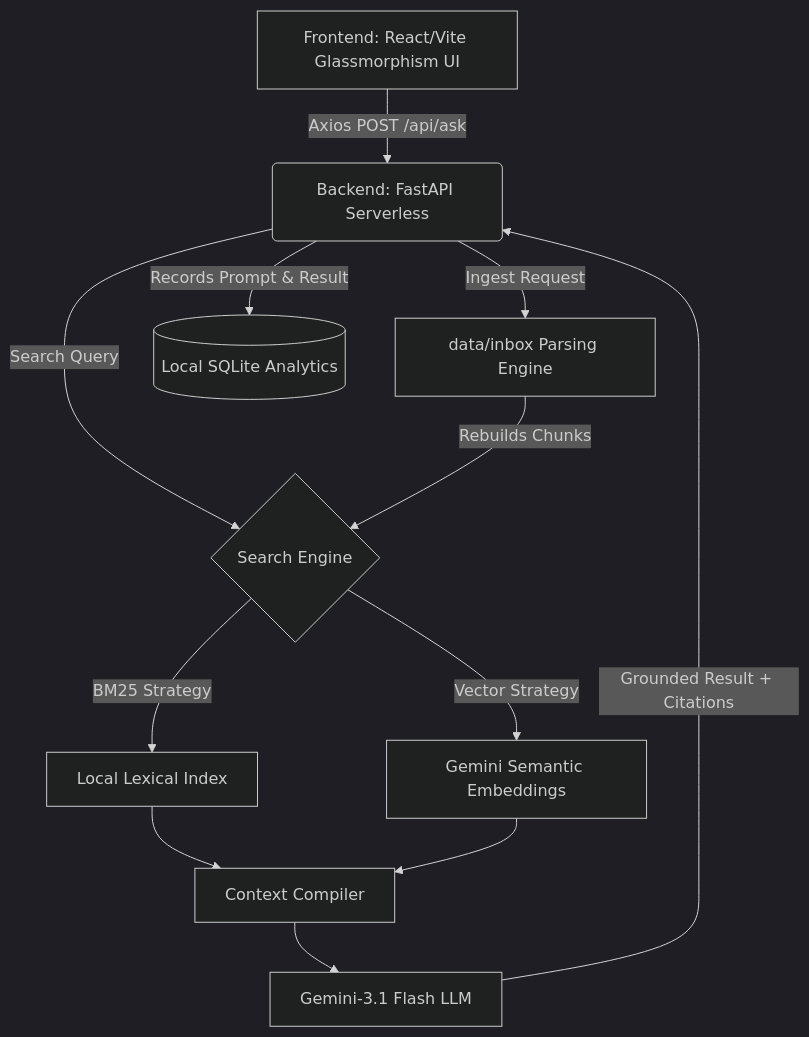
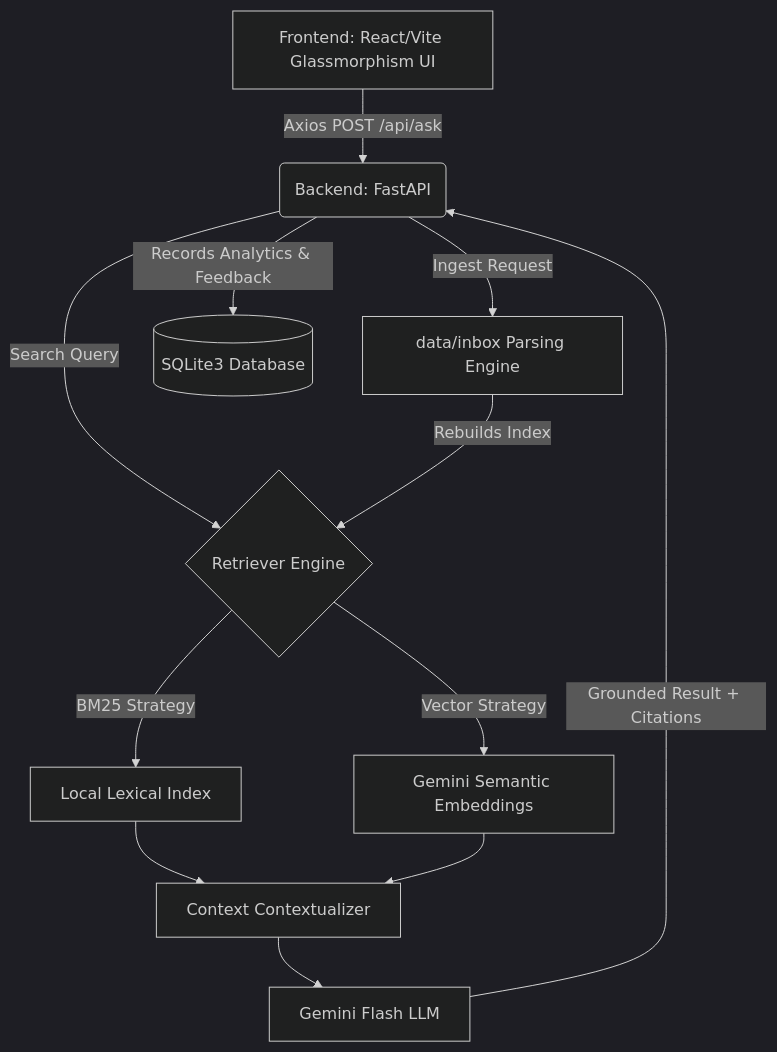
The diagram in README.md (Bhargav3369/DealDesk-AI-RAG), drawn with Mermaid (dark theme) before and after one commit. The commit also changed other lines of this file, not shown here.

````diff
--- a/README.md
+++ b/README.md
@@ -12,14 +18,14 @@
 ```mermaid
 graph TD;
-    A[Frontend: React/Vite Glassmorphism UI] -->|Axios POST /api/ask| B(Backend: FastAPI Serverless);
+    A[Frontend: React/Vite Glassmorphism UI] -->|Axios POST /api/ask| B(Backend: FastAPI);
     B -->|Ingest Request| F[data/inbox Parsing Engine];
-    B -->|Search Query| C{Search Engine};
+    B -->|Search Query| C{Retriever Engine};
     C -->|BM25 Strategy| D[Local Lexical Index];
     C -->|Vector Strategy| E[Gemini Semantic Embeddings];
     D --> G;
-    E --> G[Context Compiler];
-    G --> H[Gemini-3.1 Flash LLM];
+    E --> G[Context Contextualizer];
+    G --> H[Gemini Flash LLM];
     H -->|Grounded Result + Citations| B;
-    B -->|Records Prompt & Result| K[(Local SQLite Analytics)];
-    F -->|Rebuilds Chunks| C;
+    B -->|Records Analytics & Feedback| K[(SQLite3 Database)];
+    F -->|Rebuilds Index| C;
 ```
````
